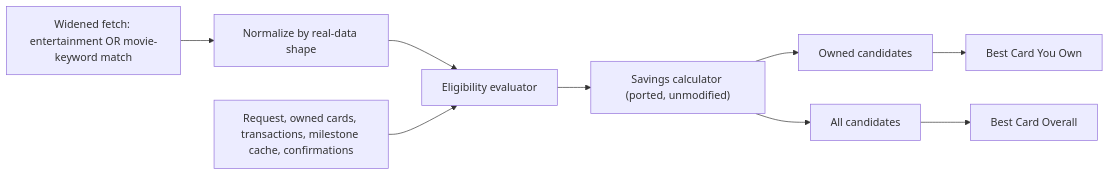
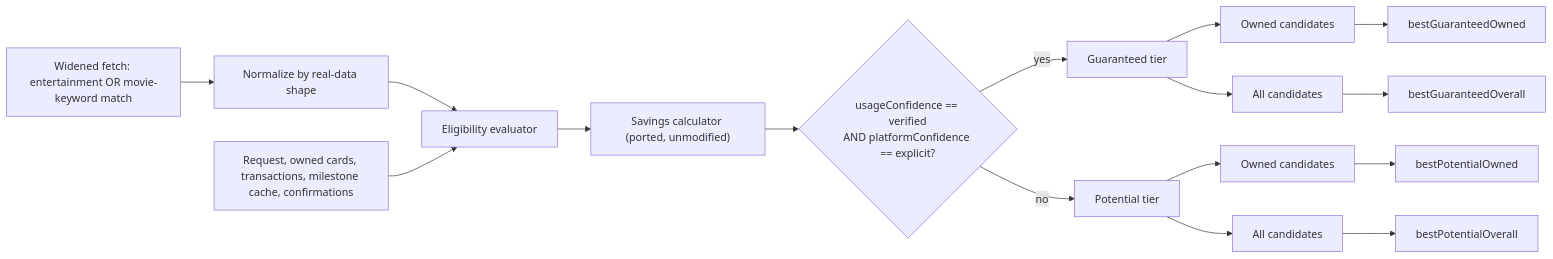
The diagram in docs/superpowers/specs/2026-08-02-movie-deals-design.md (shantanuchandra/cardcompass), drawn with Mermaid before and after one commit. The commit also changed other lines of this file and 1 other file, not shown here.

````diff
--- a/docs/superpowers/specs/2026-08-02-movie-deals-design.md
+++ b/docs/superpowers/specs/2026-08-02-movie-deals-design.md
@@ -208,11 +218,18 @@
 ```mermaid
 flowchart LR
   A["Widened fetch: entertainment OR movie-keyword match"] --> B["Normalize by real-data shape"]
   B --> C["Eligibility evaluator"]
   D["Request, owned cards, transactions, milestone cache, confirmations"] --> C
   C --> E["Savings calculator (ported, unmodified)"]
-  E --> F["Owned candidates"]
-  E --> G["All candidates"]
-  F --> H["Best Card You Own"]
-  G --> I["Best Card Overall"]
+  E --> J{"usageConfidence == verified\nAND platformConfidence == explicit?"}
+  J -->|yes| K["Guaranteed tier"]
+  J -->|no| L["Potential tier"]
+  K --> F["Owned candidates"]
+  K --> G["All candidates"]
+  L --> M["Owned candidates"]
+  L --> N["All candidates"]
+  F --> H["bestGuaranteedOwned"]
+  G --> I["bestGuaranteedOverall"]
+  M --> O["bestPotentialOwned"]
+  N --> P["bestPotentialOverall"]
 ```
````
